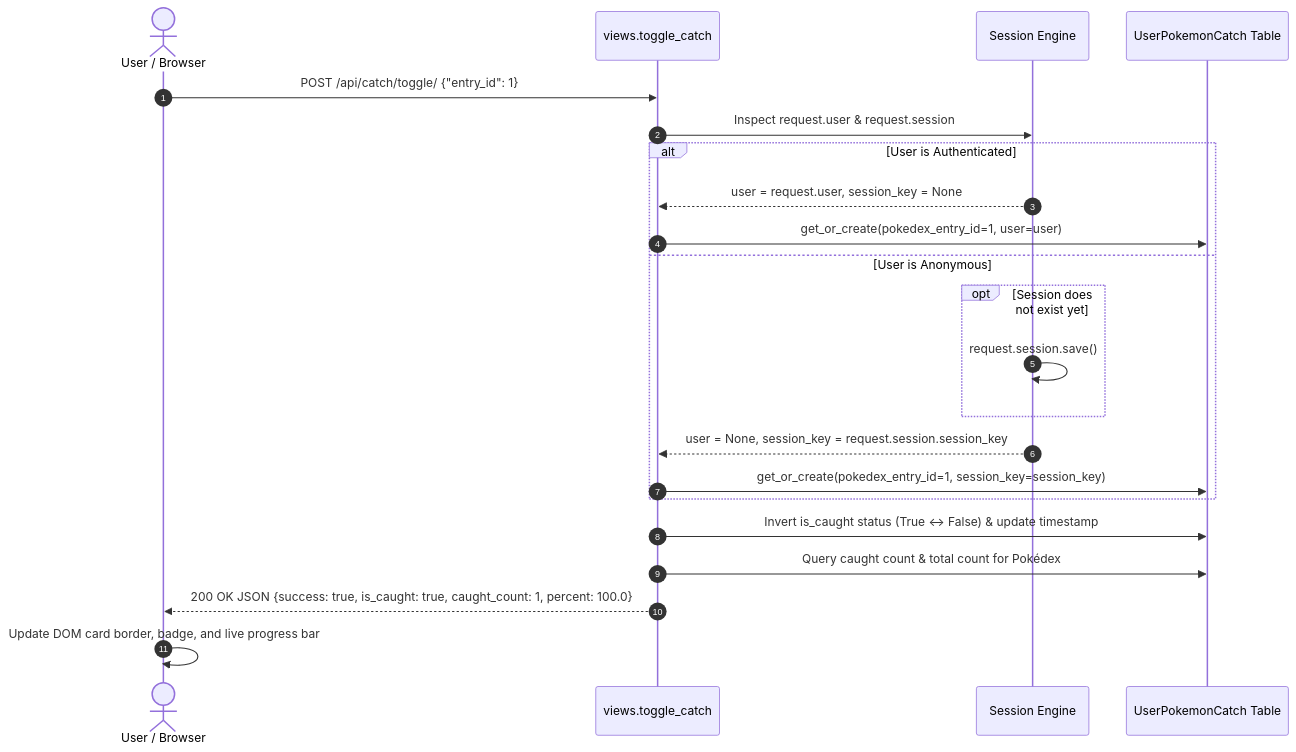
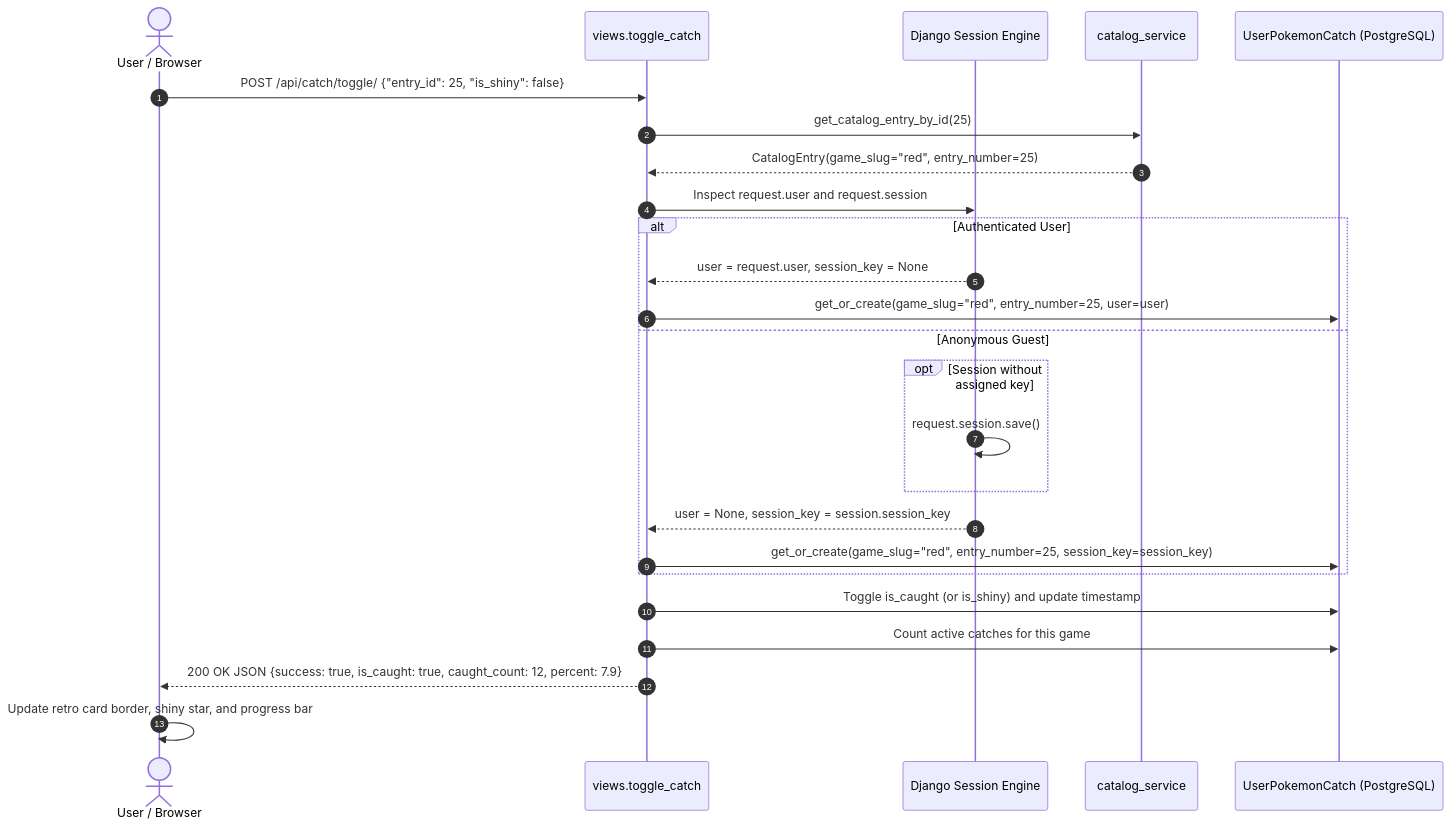
One commit to Gatozo/pokedexglobal changed the second of 2 diagrams in docs/en/architecture.md. Above: the diagram before and after it, drawn with Mermaid. The commit also changed other lines of this file and 31 other files, not shown here.

````diff
--- a/docs/en/architecture.md
+++ b/docs/en/architecture.md
@@ -104,25 +110,28 @@
 ```mermaid
 sequenceDiagram
     autonumber
     actor User as User / Browser
     participant View as views.toggle_catch
-    participant Session as Session Engine
-    participant DB as UserPokemonCatch Table
+    participant Session as Django Session Engine
+    participant Cat as catalog_service
+    participant DB as UserPokemonCatch (PostgreSQL)
 
-    User->>View: POST /api/catch/toggle/ {"entry_id": 1}
-    View->>Session: Inspect request.user & request.session
-    alt User is Authenticated
+    User->>View: POST /api/catch/toggle/ {"entry_id": 25, "is_shiny": false}
+    View->>Cat: get_catalog_entry_by_id(25)
+    Cat-->>View: CatalogEntry(game_slug="red", entry_number=25)
+    View->>Session: Inspect request.user and request.session
+    alt Authenticated User
         Session-->>View: user = request.user, session_key = None
-        View->>DB: get_or_create(pokedex_entry_id=1, user=user)
-    else User is Anonymous
-        opt Session does not exist yet
+        View->>DB: get_or_create(game_slug="red", entry_number=25, user=user)
+    else Anonymous Guest
+        opt Session without assigned key
             Session->>Session: request.session.save()
         end
-        Session-->>View: user = None, session_key = request.session.session_key
-        View->>DB: get_or_create(pokedex_entry_id=1, session_key=session_key)
+        Session-->>View: user = None, session_key = session.session_key
+        View->>DB: get_or_create(game_slug="red", entry_number=25, session_key=session_key)
     end
-    View->>DB: Invert is_caught status (True <-> False) & update timestamp
-    View->>DB: Query caught count & total count for Pokédex
-    View-->>User: 200 OK JSON {success: true, is_caught: true, caught_count: 1, percent: 100.0}
-    User->>User: Update DOM card border, badge, and live progress bar
+    View->>DB: Toggle is_caught (or is_shiny) and update timestamp
+    View->>DB: Count active catches for this game
+    View-->>User: 200 OK JSON {success: true, is_caught: true, caught_count: 12, percent: 7.9}
+    User->>User: Update retro card border, shiny star, and progress bar
 ```
````
